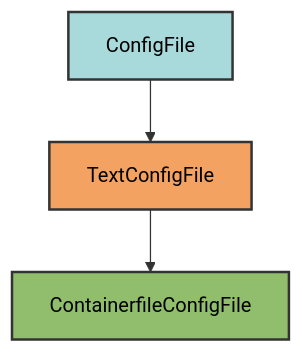
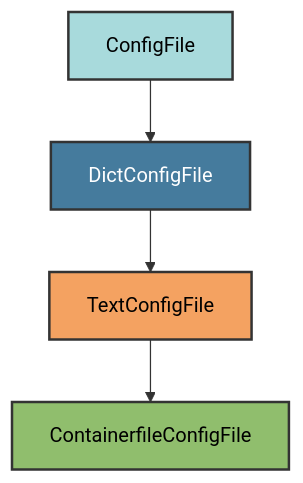
Before and after one commit to Winipedia/pyrig: the diagram in docs/configs/container_file.md, drawn with Mermaid. The commit also changed other lines of this file and 21 other files, not shown here.

````diff
--- a/docs/configs/container_file.md
+++ b/docs/configs/container_file.md
@@ -18,9 +18,11 @@
 ```mermaid
 graph TD
-    A[ConfigFile] --> B[TextConfigFile]
-    B --> C[ContainerfileConfigFile]
+    A[ConfigFile] --> B[DictConfigFile]
+    B --> C[TextConfigFile]
+    C --> D[ContainerfileConfigFile]
 
     style A fill:#a8dadc,stroke:#333,stroke-width:2px,color:#000
-    style B fill:#f4a261,stroke:#333,stroke-width:2px,color:#000
-    style C fill:#90be6d,stroke:#333,stroke-width:2px,color:#000
+    style B fill:#457b9d,stroke:#333,stroke-width:2px,color:#fff
+    style C fill:#f4a261,stroke:#333,stroke-width:2px,color:#000
+    style D fill:#90be6d,stroke:#333,stroke-width:2px,color:#000
 ```
````
